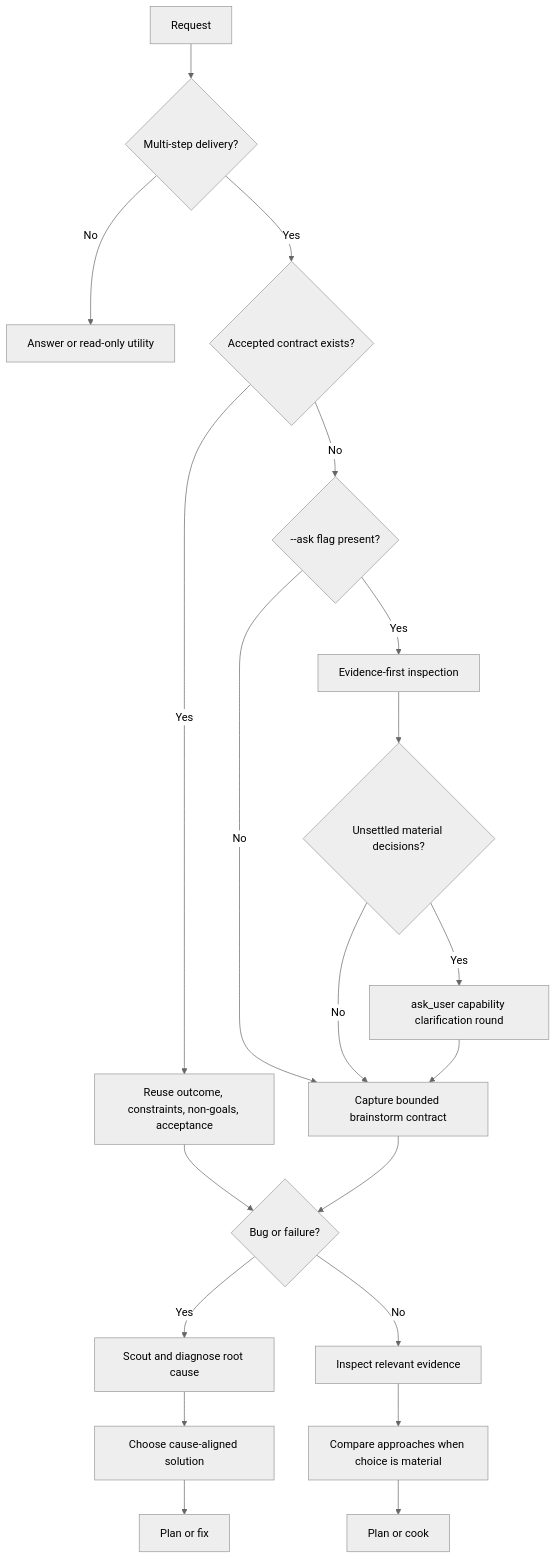
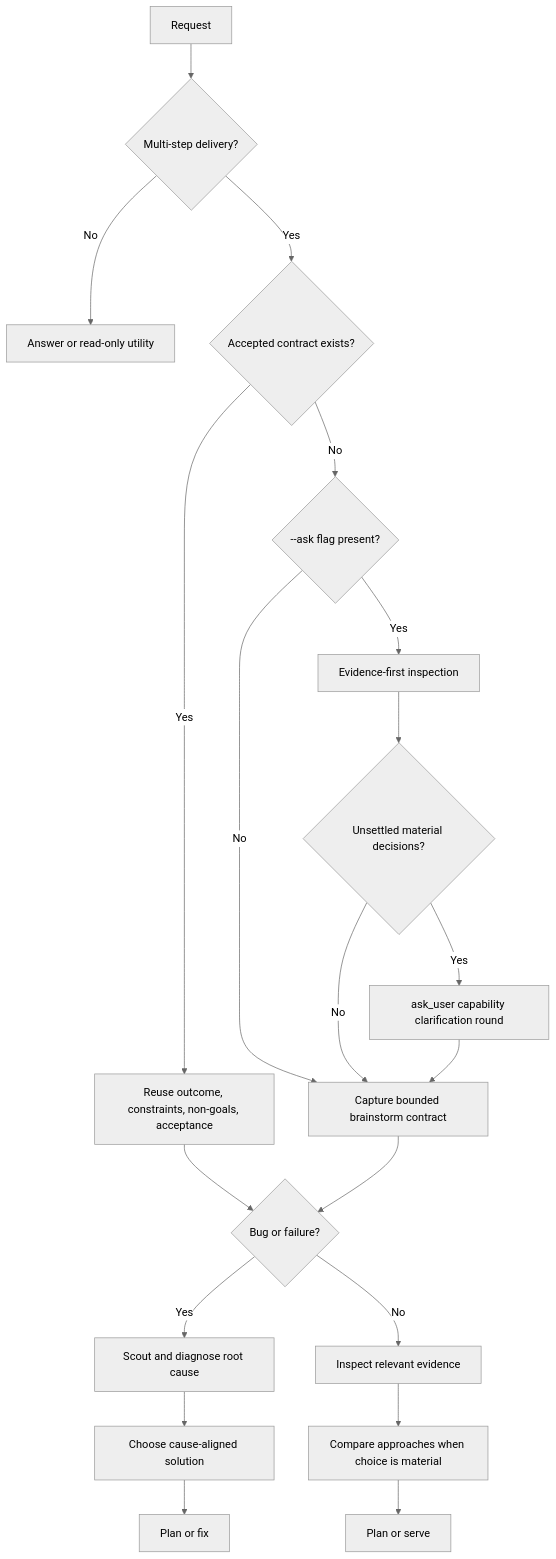
The diagram in skills/engineering/aif-brainstorm/SKILL.md (ainative-build/skills), drawn with Mermaid (neutral theme) before and after one commit. The commit also changed other lines of this file and 82 other files, not shown here.

````diff
--- a/skills/engineering/aif-brainstorm/SKILL.md
+++ b/skills/engineering/aif-brainstorm/SKILL.md
@@ -128,22 +128,22 @@
 ```mermaid
 flowchart TD
     A[Request] --> B{Multi-step delivery?}
     B -->|No| C[Answer or read-only utility]
     B -->|Yes| D{Accepted contract exists?}
     D -->|Yes| E[Reuse outcome, constraints, non-goals, acceptance]
     D -->|No| D1{--ask flag present?}
     D1 -->|No| F[Capture bounded brainstorm contract]
     D1 -->|Yes| E1[Evidence-first inspection]
     E1 --> E2{Unsettled material decisions?}
     E2 -->|No| F
     E2 -->|Yes| E3[ask_user capability clarification round]
     E3 --> F
     E --> G{Bug or failure?}
     F --> G
     G -->|Yes| H[Scout and diagnose root cause]
     H --> I[Choose cause-aligned solution]
     G -->|No| J[Inspect relevant evidence]
     J --> K[Compare approaches when choice is material]
     I --> L[Plan or fix]
-    K --> L2[Plan or cook]
+    K --> L2[Plan or serve]
 ```
````
